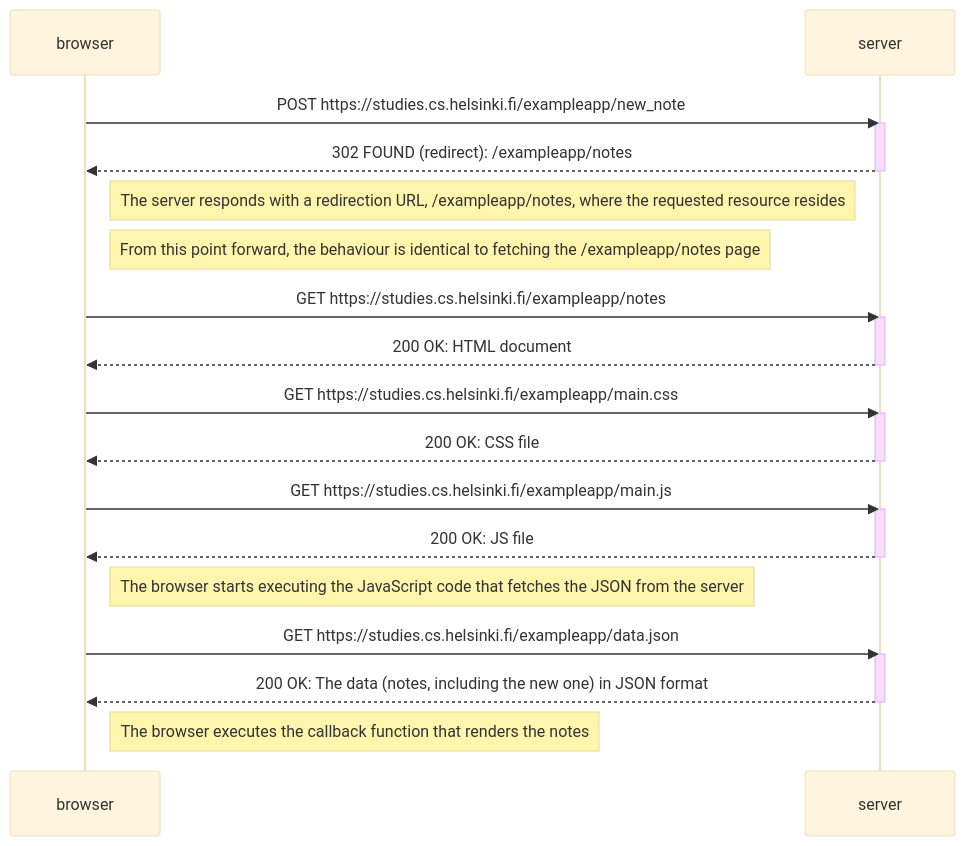
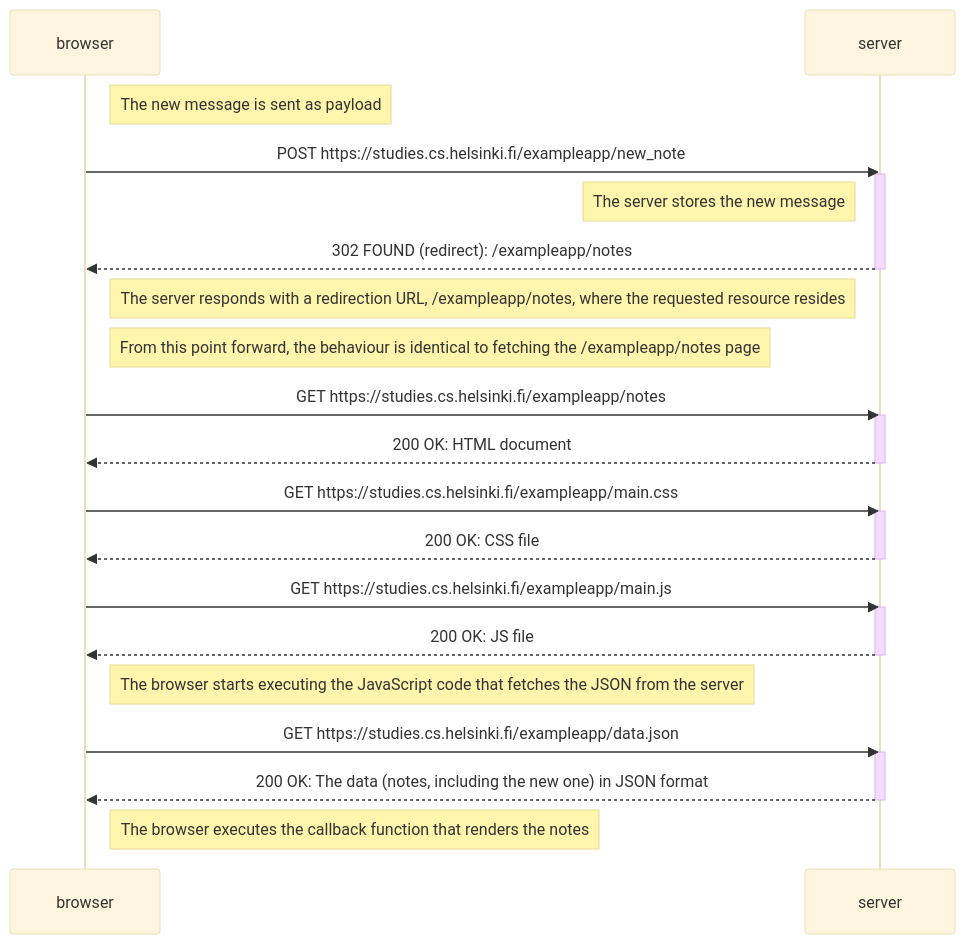
The diagram in part0/exercise4.md (Cherrybowll/fullstack), drawn with Mermaid (base theme) before and after one commit.

````diff
--- a/part0/exercise4.md
+++ b/part0/exercise4.md
@@ -1,36 +1,42 @@
 ```mermaid
 sequenceDiagram
   participant browser
   participant server
 
+  Note right of browser: The new message is sent as payload
+
   browser->>server: POST https://studies.cs.helsinki.fi/exampleapp/new_note
+
   activate server
+
+  Note left of server: The server stores the new message
+
   server-->>browser: 302 FOUND (redirect): /exampleapp/notes
   deactivate server
 
-  Note right of browser: The server responds with a redirection URL, /exampleapp/notes, where the requested resource resides
+  Note left of server: The server responds with a redirection URL, /exampleapp/notes, where the requested resource resides
 
   Note right of browser: From this point forward, the behaviour is identical to fetching the /exampleapp/notes page
 
   browser->>server: GET https://studies.cs.helsinki.fi/exampleapp/notes
   activate server
   server-->>browser: 200 OK: HTML document
   deactivate server
   browser->>server: GET https://studies.cs.helsinki.fi/exampleapp/main.css
   activate server
   server-->>browser: 200 OK: CSS file
   deactivate server
   browser->>server: GET https://studies.cs.helsinki.fi/exampleapp/main.js
   activate server
   server-->>browser: 200 OK: JS file
   deactivate server
 
   Note right of browser: The browser starts executing the JavaScript code that fetches the JSON from the server
 
   browser->>server: GET https://studies.cs.helsinki.fi/exampleapp/data.json
   activate server
   server-->>browser: 200 OK: The data (notes, including the new one) in JSON format
   deactivate server
 
   Note right of browser: The browser executes the callback function that renders the notes
 ```
````
